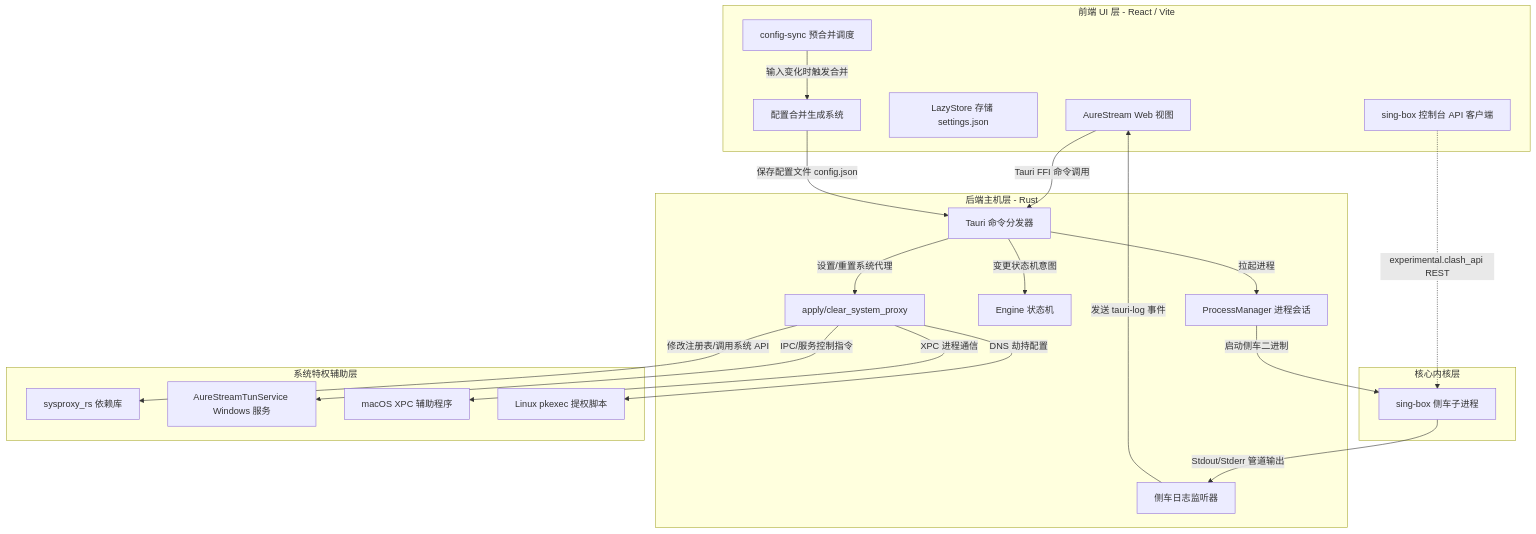
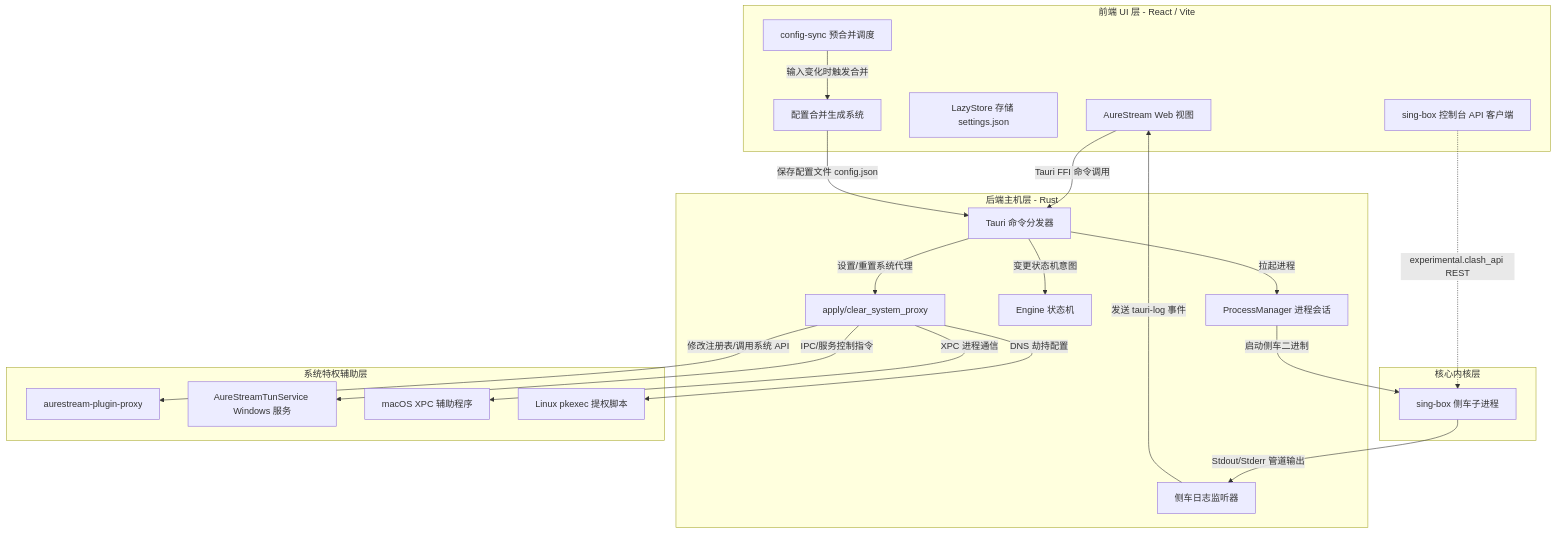
The first of 3 diagrams in docs/architecture.md (BadKid90s/AureStream), drawn with Mermaid before and after one commit. The commit also changed other lines of this file and 36 other files, not shown here.

````diff
--- a/docs/architecture.md
+++ b/docs/architecture.md
@@ -32,45 +32,45 @@
 ```mermaid
 graph TD
     subgraph Frontend [前端 UI 层 - React / Vite]
         UI[AureStream Web 视图]
         SStore[LazyStore 存储 settings.json]
         ConfigSync[config-sync 预合并调度]
         Merger[配置合并生成系统]
         SingBoxAPI[sing-box 控制台 API 客户端]
     end
 
     subgraph TauriHost [后端主机层 - Rust]
         TC[Tauri 命令分发器]
         PM[ProcessManager 进程会话]
         SM[Engine 状态机]
         Mon[侧车日志监听器]
         SysProxyWrap[apply/clear_system_proxy]
     end
 
     subgraph ExternalEngine [核心内核层]
         SingBox[sing-box 侧车子进程]
     end
 
     subgraph OSHelpers [系统特权辅助层]
-        SysProxyRs[sysproxy_rs 依赖库]
+        SysProxyRs[aurestream-plugin-proxy]
         TunSvc[AureStreamTunService Windows 服务]
         XPCSvc[macOS XPC 辅助程序]
         PkExec[Linux pkexec 提权脚本]
     end
 
     %% 组件交互
     UI -->|Tauri FFI 命令调用| TC
     ConfigSync -->|输入变化时触发合并| Merger
     Merger -->|保存配置文件 config.json| TC
     TC -->|变更状态机意图| SM
     TC -->|拉起进程| PM
     PM -->|启动侧车二进制| SingBox
     SingBox -->|Stdout/Stderr 管道输出| Mon
     Mon -->|发送 tauri-log 事件| UI
     TC -->|设置/重置系统代理| SysProxyWrap
     SysProxyWrap -->|修改注册表/调用系统 API| SysProxyRs
     SysProxyWrap -->|IPC/服务控制指令| TunSvc
     SysProxyWrap -->|XPC 进程通信| XPCSvc
     SysProxyWrap -->|DNS 劫持配置| PkExec
     SingBoxAPI -.->|experimental.clash_api REST| SingBox
 ```
````
